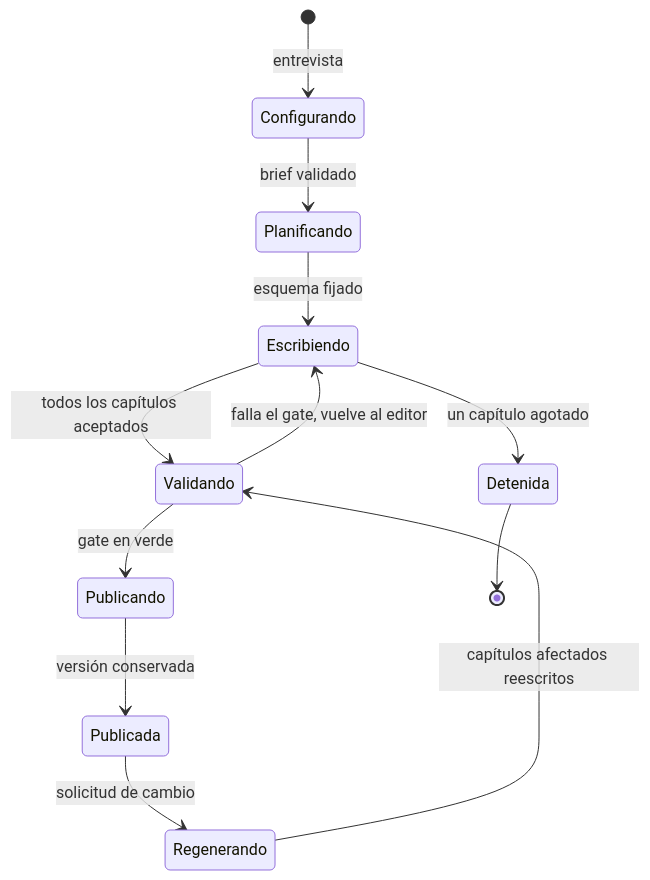
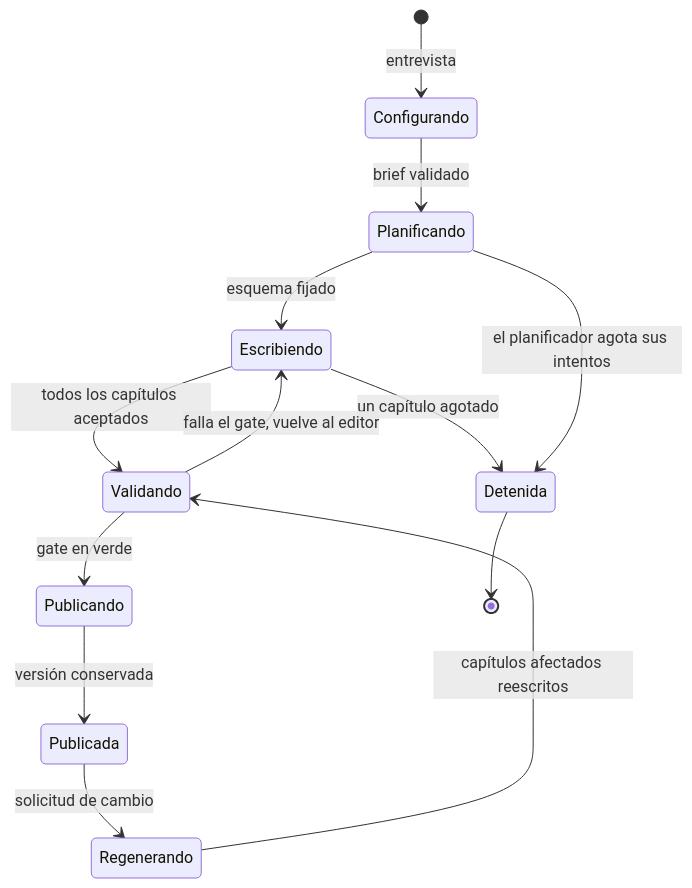
One commit to BrunoCrz3/MyStory changed diagram 19 of 21 in docs/domain-knowledge.md. Above: the diagram before and after it, drawn with Mermaid. The commit also changed 13 other files, not shown here.

````diff
--- a/docs/domain-knowledge.md
+++ b/docs/domain-knowledge.md
@@ -408,14 +408,15 @@
 ```mermaid
 stateDiagram-v2
   [*] --> Configurando: entrevista
   Configurando --> Planificando: brief validado
   Planificando --> Escribiendo: esquema fijado
   Escribiendo --> Validando: todos los capítulos aceptados
   Escribiendo --> Detenida: un capítulo agotado
+  Planificando --> Detenida: el planificador agota sus intentos
   Validando --> Publicando: gate en verde
   Validando --> Escribiendo: falla el gate, vuelve al editor
   Publicando --> Publicada: versión conservada
   Publicada --> Regenerando: solicitud de cambio
   Regenerando --> Validando: capítulos afectados reescritos
   Detenida --> [*]
 ```
````
